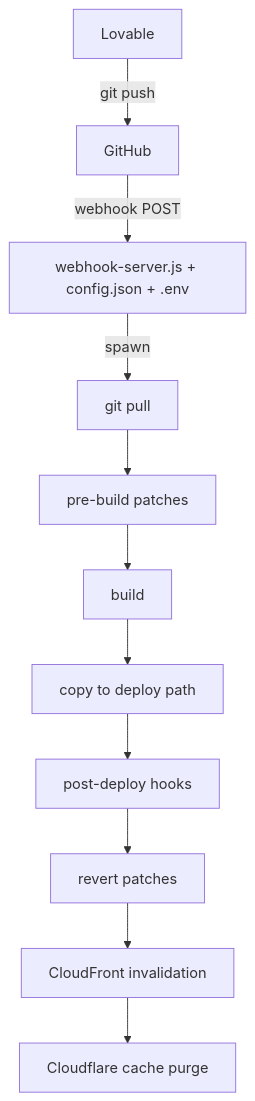
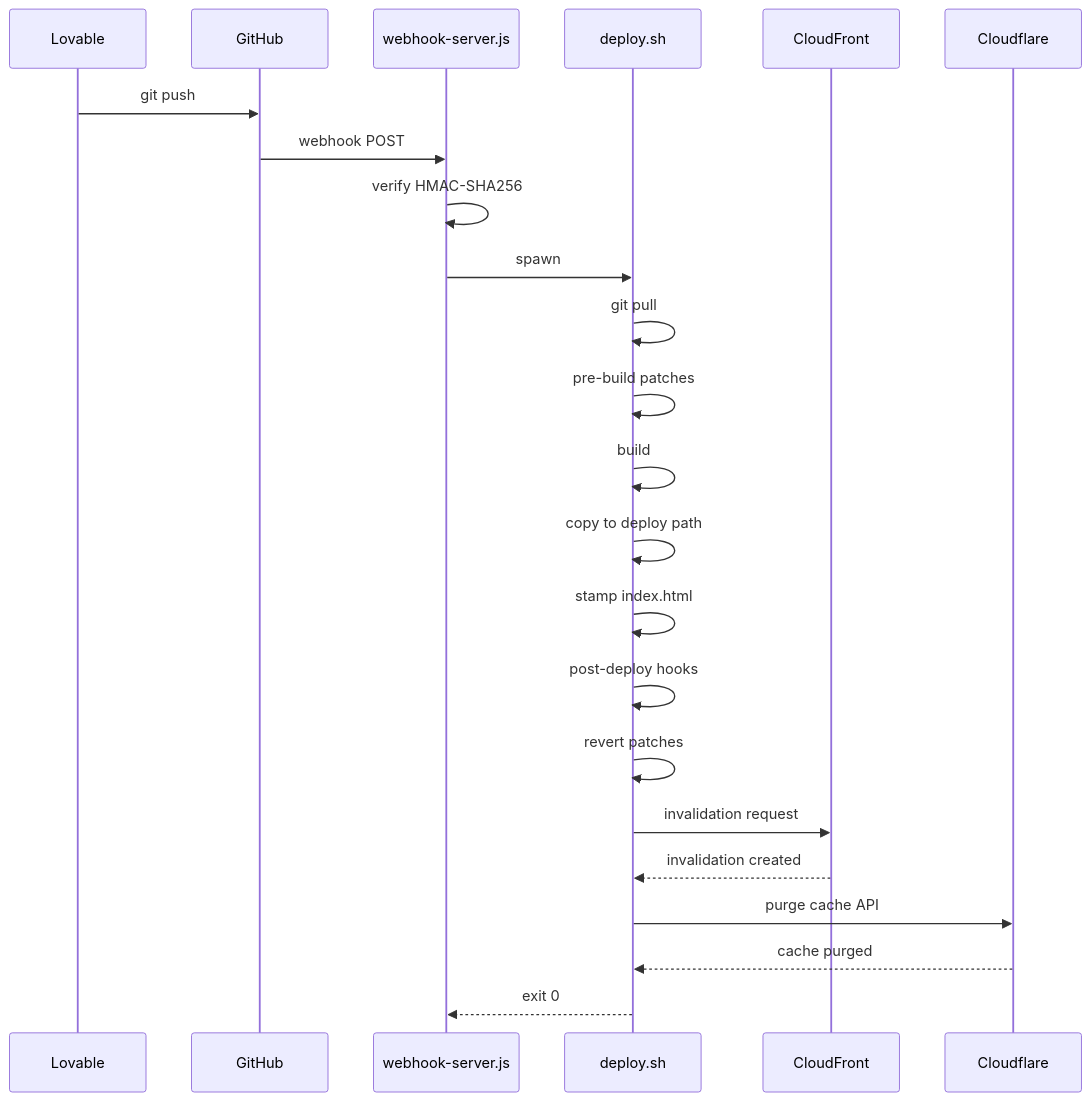
Before and after one commit to sharpsir-group/github-watcher: the diagram in README.md, drawn with Mermaid.

Commit message:
Architecture diagram: Mermaid sequence diagram
Shows the full deploy pipeline as a time-ordered sequence between
Lovable, GitHub, webhook server, deploy script, CloudFront, and
Cloudflare — including HMAC verification and response arrows.

Made-with: Cursor

````diff
--- a/README.md
+++ b/README.md
@@ -70,12 +70,27 @@
 ```mermaid
-flowchart TD
-    Lovable -->|git push| GitHub -->|webhook POST| WebhookServer["webhook-server.js + config.json + .env"]
-    WebhookServer -->|spawn| GitPull[git pull]
-    GitPull --> Patches[pre-build patches]
-    Patches --> Build[build]
-    Build --> Deploy[copy to deploy path]
-    Deploy --> PostDeploy[post-deploy hooks]
-    PostDeploy --> Revert[revert patches]
-    Revert --> CloudFront[CloudFront invalidation]
-    CloudFront --> Cloudflare[Cloudflare cache purge]
+sequenceDiagram
+    participant L as Lovable
+    participant GH as GitHub
+    participant WH as webhook-server.js
+    participant DS as deploy.sh
+    participant CF as CloudFront
+    participant CFL as Cloudflare
+
+    L->>GH: git push
+    GH->>WH: webhook POST
+    WH->>WH: verify HMAC-SHA256
+    WH->>DS: spawn
+
+    DS->>DS: git pull
+    DS->>DS: pre-build patches
+    DS->>DS: build
+    DS->>DS: copy to deploy path
+    DS->>DS: stamp index.html
+    DS->>DS: post-deploy hooks
+    DS->>DS: revert patches
+    DS->>CF: invalidation request
+    CF-->>DS: invalidation created
+    DS->>CFL: purge cache API
+    CFL-->>DS: cache purged
+    DS-->>WH: exit 0
 ```
````
